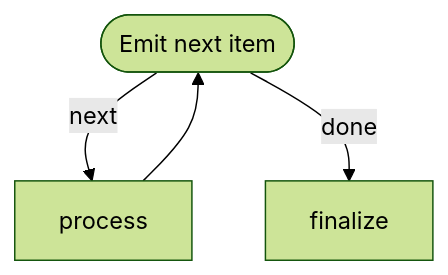
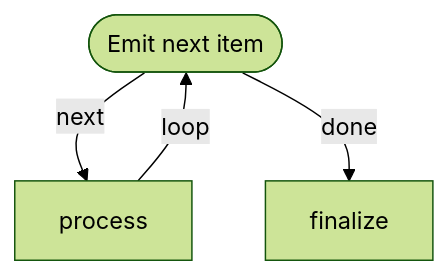
One commit to bebsworthy/markdown-flow changed the second of 11 diagrams in plugins/markflow/skills/markflow-author/references/mermaid-cheatsheet.md. Above: the diagram before and after it, drawn with Mermaid (forest theme). The commit also changed other lines of this file and 54 other files, not shown here.

````diff
--- a/plugins/markflow/skills/markflow-author/references/mermaid-cheatsheet.md
+++ b/plugins/markflow/skills/markflow-author/references/mermaid-cheatsheet.md
@@ -74,7 +75,7 @@
 ```mermaid
 flowchart TD
   emit([Emit next item])
   emit -->|next| process
-  process --> emit
+  process -->|loop| emit
   emit -->|done| finalize
 ```
````
